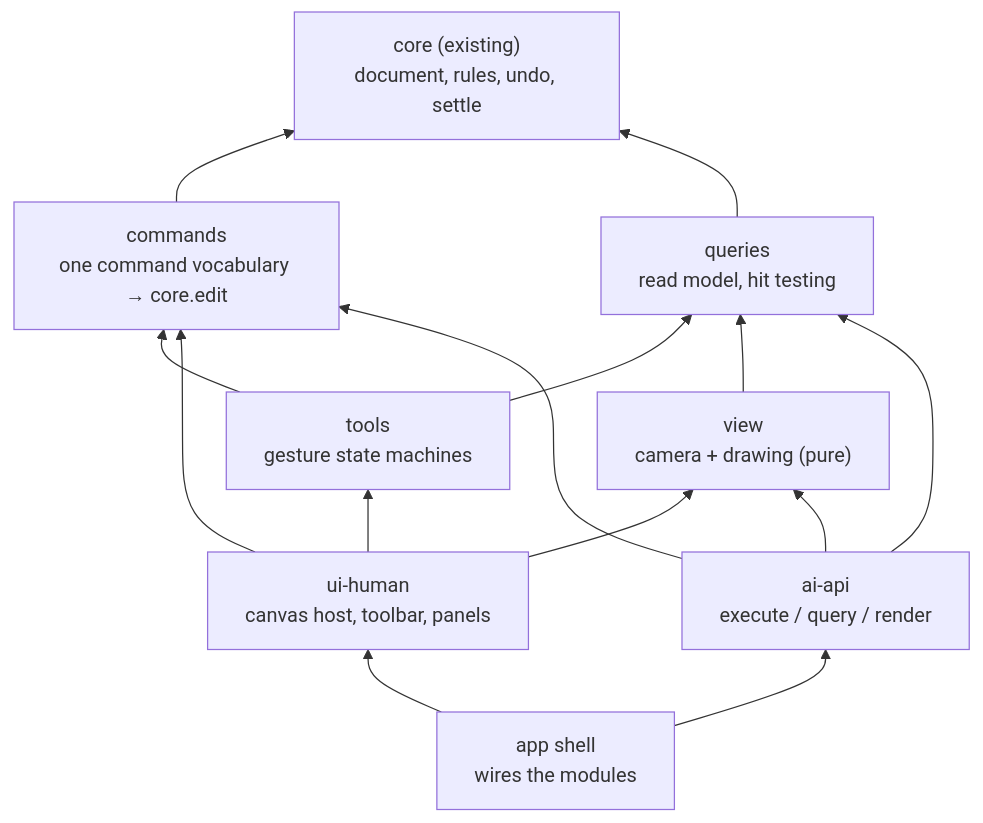
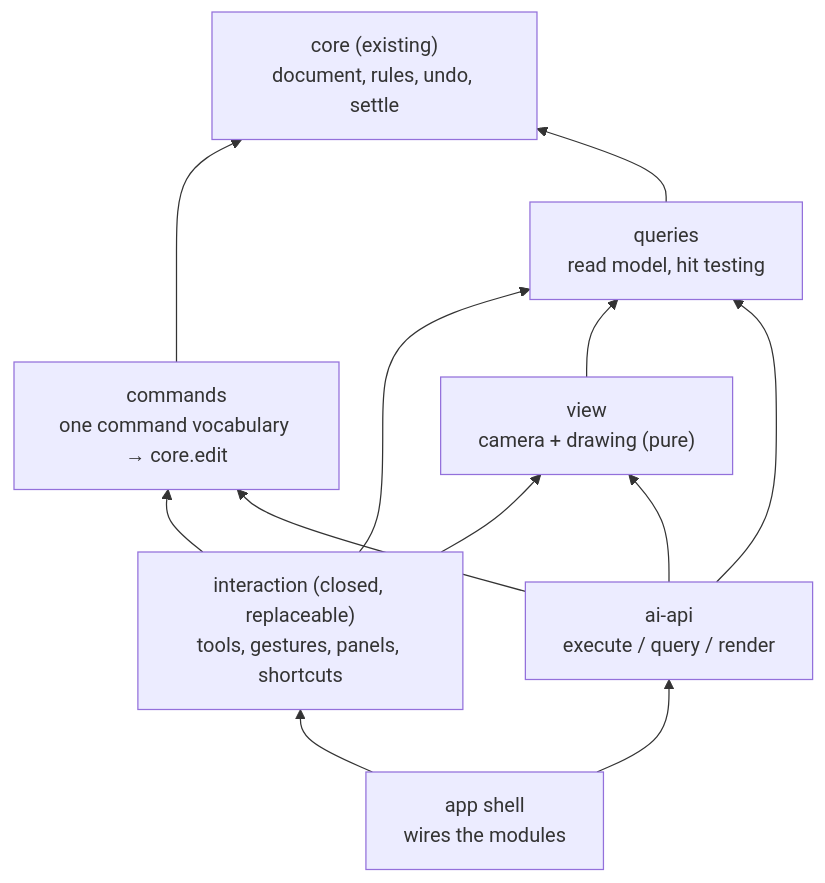
Before and after one commit to zbwxp/2D_headset: the first of 2 diagrams in docs/design/architecture/21-drawing-room.md, drawn with Mermaid. The commit also changed other lines of this file, not shown here.

Commit message:
docs(architecture): 21 — interaction is one closed, replaceable module with a fixed contract and contract tests (bowen 1791477519)

````diff
--- a/docs/design/architecture/21-drawing-room.md
+++ b/docs/design/architecture/21-drawing-room.md
@@ -51,24 +51,21 @@
 ```mermaid
 flowchart BT
   core["core (existing)\ndocument, rules, undo, settle"]
   commands["commands\none command vocabulary → core.edit"]
   queries["queries\nread model, hit testing"]
-  tools["tools\ngesture state machines"]
+  interaction["interaction (closed, replaceable)\ntools, gestures, panels, shortcuts"]
   view["view\ncamera + drawing (pure)"]
-  uiHuman["ui-human\ncanvas host, toolbar, panels"]
   aiApi["ai-api\nexecute / query / render"]
   app["app shell\nwires the modules"]
   commands --> core
   queries --> core
-  tools --> commands
-  tools --> queries
+  interaction --> commands
+  interaction --> queries
+  interaction --> view
   view --> queries
-  uiHuman --> tools
-  uiHuman --> view
-  uiHuman --> commands
   aiApi --> commands
   aiApi --> queries
   aiApi --> view
-  app --> uiHuman
+  app --> interaction
   app --> aiApi
 ```
````
